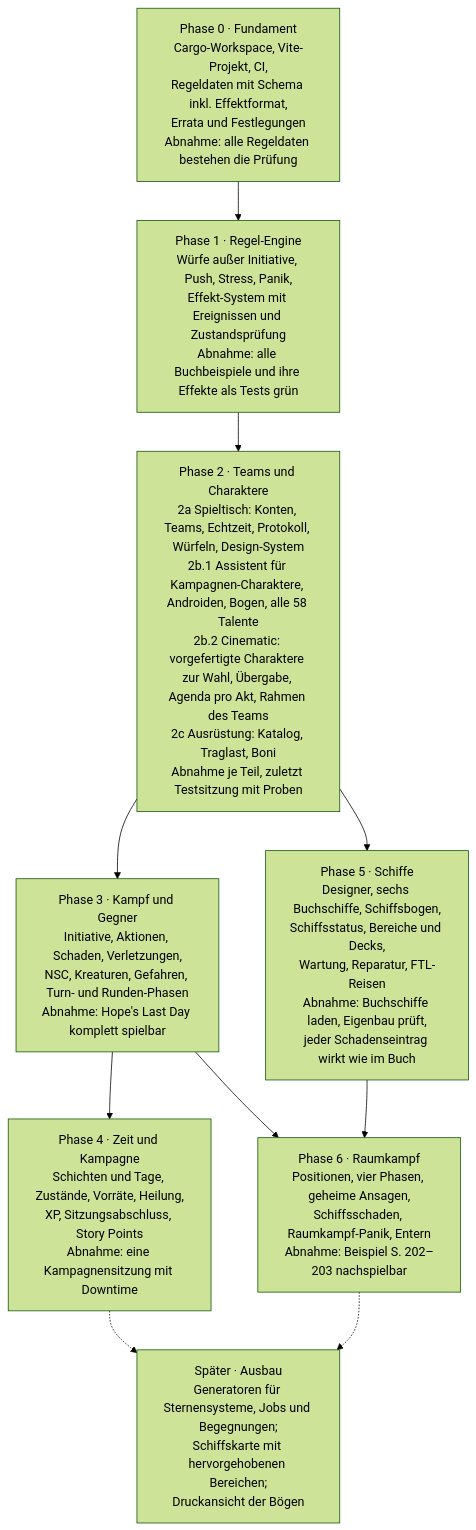
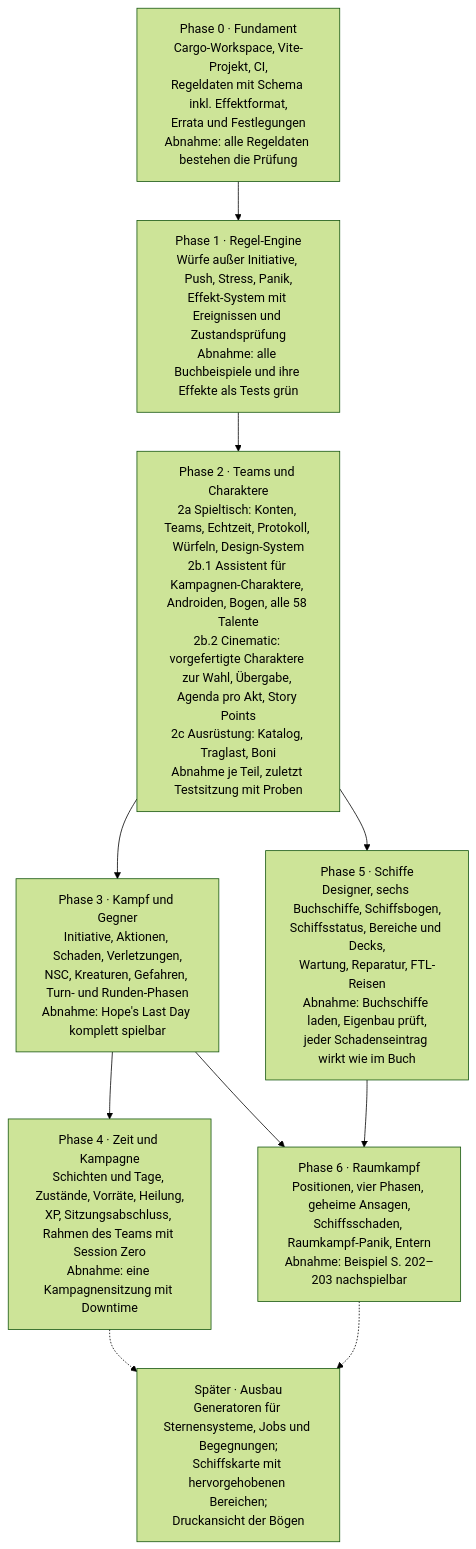
The third of 3 diagrams in docs/PLAN.md (peddn/xenoforge), drawn with Mermaid (forest theme) before and after one commit. The commit also changed other lines of this file and 1 other file, not shown here.

First line of the commit message:
Plan 2b.2: Auswahl, Übergabe, Agenda pro Akt (A-12, A-13)

````diff
--- a/docs/PLAN.md
+++ b/docs/PLAN.md
@@ -758,16 +758,16 @@
 ```mermaid
 flowchart TD
     p0["Phase 0 · Fundament<br/>Cargo-Workspace, Vite-Projekt, CI,<br/>Regeldaten mit Schema inkl. Effektformat,<br/>Errata und Festlegungen<br/>Abnahme: alle Regeldaten bestehen die Prüfung"]
     p1["Phase 1 · Regel-Engine<br/>Würfe außer Initiative, Push, Stress, Panik,<br/>Effekt-System mit Ereignissen und Zustandsprüfung<br/>Abnahme: alle Buchbeispiele und ihre Effekte als Tests grün"]
-    p2["Phase 2 · Teams und Charaktere<br/>2a Spieltisch: Konten, Teams, Echtzeit, Protokoll, Würfeln, Design-System<br/>2b.1 Assistent für Kampagnen-Charaktere, Androiden, Bogen, alle 58 Talente<br/>2b.2 Cinematic: vorgefertigte Charaktere zur Wahl, Übergabe, Agenda pro Akt, Rahmen des Teams<br/>2c Ausrüstung: Katalog, Traglast, Boni<br/>Abnahme je Teil, zuletzt Testsitzung mit Proben"]
+    p2["Phase 2 · Teams und Charaktere<br/>2a Spieltisch: Konten, Teams, Echtzeit, Protokoll, Würfeln, Design-System<br/>2b.1 Assistent für Kampagnen-Charaktere, Androiden, Bogen, alle 58 Talente<br/>2b.2 Cinematic: vorgefertigte Charaktere zur Wahl, Übergabe, Agenda pro Akt, Story Points<br/>2c Ausrüstung: Katalog, Traglast, Boni<br/>Abnahme je Teil, zuletzt Testsitzung mit Proben"]
     p3["Phase 3 · Kampf und Gegner<br/>Initiative, Aktionen, Schaden, Verletzungen,<br/>NSC, Kreaturen, Gefahren, Turn- und Runden-Phasen<br/>Abnahme: Hope's Last Day komplett spielbar"]
-    p4["Phase 4 · Zeit und Kampagne<br/>Schichten und Tage, Zustände, Vorräte, Heilung,<br/>XP, Sitzungsabschluss, Story Points<br/>Abnahme: eine Kampagnensitzung mit Downtime"]
+    p4["Phase 4 · Zeit und Kampagne<br/>Schichten und Tage, Zustände, Vorräte, Heilung,<br/>XP, Sitzungsabschluss, Rahmen des Teams mit Session Zero<br/>Abnahme: eine Kampagnensitzung mit Downtime"]
     p5["Phase 5 · Schiffe<br/>Designer, sechs Buchschiffe, Schiffsbogen,<br/>Schiffsstatus, Bereiche und Decks,<br/>Wartung, Reparatur, FTL-Reisen<br/>Abnahme: Buchschiffe laden, Eigenbau prüft,<br/>jeder Schadenseintrag wirkt wie im Buch"]
     p6["Phase 6 · Raumkampf<br/>Positionen, vier Phasen, geheime Ansagen,<br/>Schiffsschaden, Raumkampf-Panik, Entern<br/>Abnahme: Beispiel S. 202–203 nachspielbar"]
     p7["Später · Ausbau<br/>Generatoren für Sternensysteme, Jobs und Begegnungen;<br/>Schiffskarte mit hervorgehobenen Bereichen;<br/>Druckansicht der Bögen"]
     p0 --> p1 --> p2 --> p3 --> p4
     p2 --> p5 --> p6
     p3 --> p6
     p4 -.-> p7
     p6 -.-> p7
 ```
````
